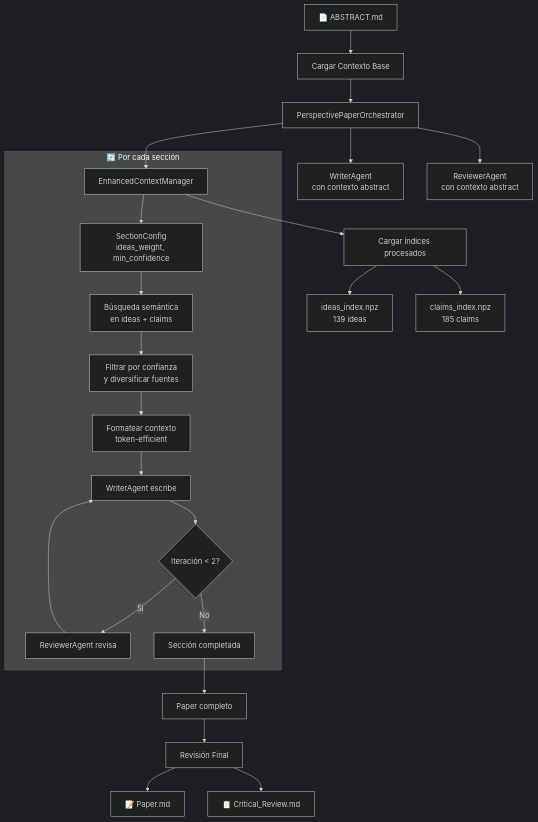
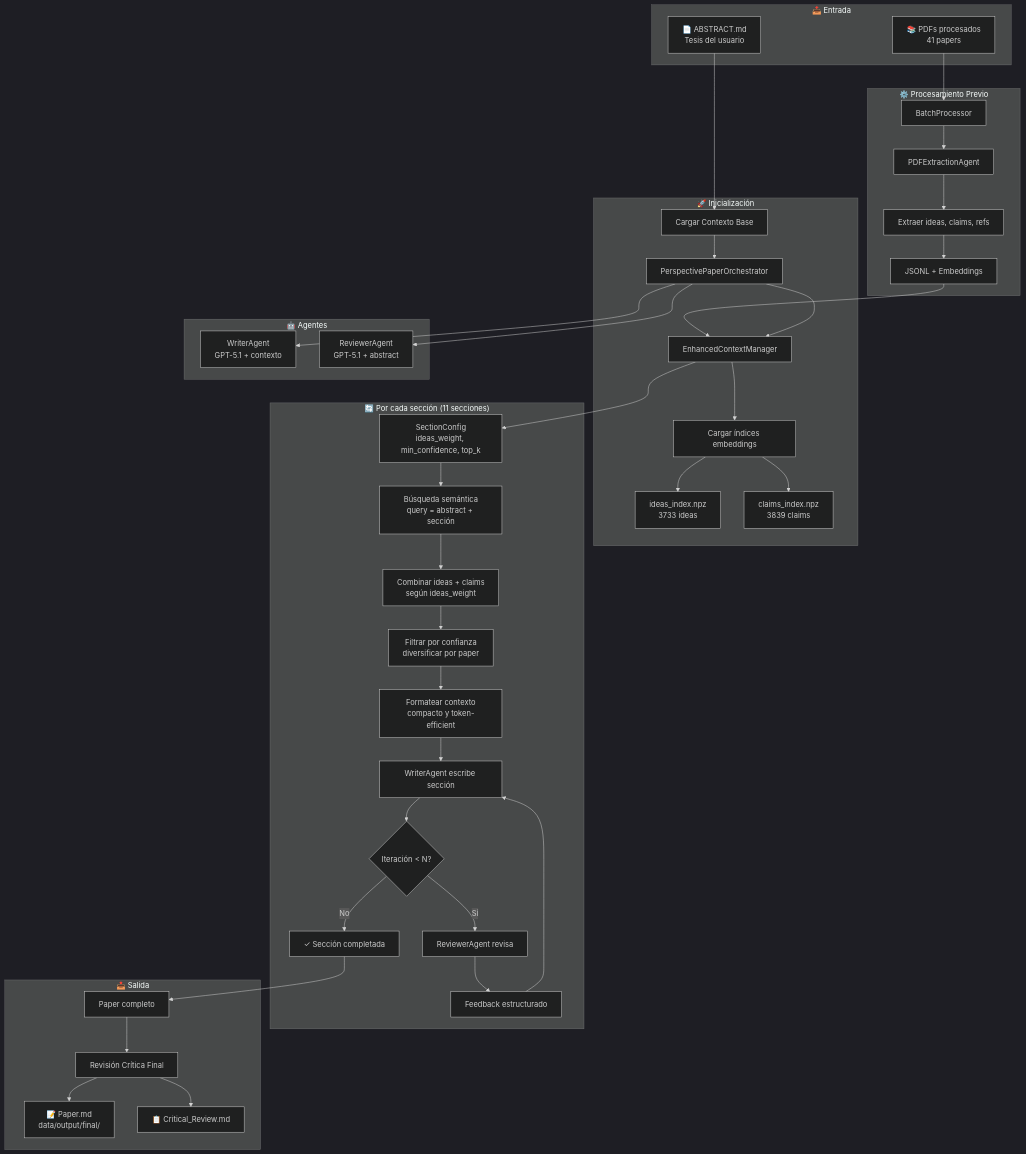
Before and after one commit to mikelval82/TheAiWriter: the second of 7 diagrams in docs/architecture.md, drawn with Mermaid (dark theme). The commit also changed other lines of this file and 44 other files, not shown here.

````diff
--- a/docs/architecture.md
+++ b/docs/architecture.md
@@ -17,30 +85,50 @@
 ```mermaid
 flowchart TD
-    A[📄 ABSTRACT.md] --> B[Cargar Contexto Base]
-    B --> C[PerspectivePaperOrchestrator]
-    
-    C --> D[EnhancedContextManager]
-    D --> E[Cargar índices procesados]
-    E --> F1[ideas_index.npz<br/>139 ideas]
-    E --> F2[claims_index.npz<br/>185 claims]
-    
-    C --> H[WriterAgent<br/>con contexto abstract]
-    C --> I[ReviewerAgent<br/>con contexto abstract]
-    
-    subgraph loop["🔄 Por cada sección"]
-        D --> J[SectionConfig<br/>ideas_weight, min_confidence]
-        J --> K[Búsqueda semántica<br/>en ideas + claims]
-        K --> L[Filtrar por confianza<br/>y diversificar fuentes]
-        L --> M[Formatear contexto<br/>token-efficient]
-        M --> N[WriterAgent escribe]
-        N --> O{Iteración < 2?}
-        O -->|Sí| P[ReviewerAgent revisa]
-        P --> N
-        O -->|No| Q[Sección completada]
+    subgraph input["📥 Entrada"]
+        A[📄 ABSTRACT.md<br/>Tesis del usuario]
+        P1[📚 PDFs procesados<br/>41 papers]
     end
     
-    Q --> R[Paper completo]
-    R --> S[Revisión Final]
-    S --> T[📝 Paper.md]
-    S --> U[📋 Critical_Review.md]
+    subgraph processing["⚙️ Procesamiento Previo"]
+        P1 --> P2[BatchProcessor]
+        P2 --> P3[PDFExtractionAgent]
+        P3 --> P4[Extraer ideas, claims, refs]
+        P4 --> P5[JSONL + Embeddings]
+    end
+    
+    subgraph init["🚀 Inicialización"]
+        A --> B[Cargar Contexto Base]
+        B --> C[PerspectivePaperOrchestrator]
+        P5 --> D[EnhancedContextManager]
+        D --> E[Cargar índices embeddings]
+        E --> F1[ideas_index.npz<br/>3733 ideas]
+        E --> F2[claims_index.npz<br/>3839 claims]
+        C --> D
+    end
+    
+    subgraph agents["🤖 Agentes"]
+        C --> H[WriterAgent<br/>GPT-5.1 + contexto]
+        C --> I[ReviewerAgent<br/>GPT-5.1 + abstract]
+    end
+    
+    subgraph loop["🔄 Por cada sección (11 secciones)"]
+        D --> J[SectionConfig<br/>ideas_weight, min_confidence, top_k]
+        J --> K[Búsqueda semántica<br/>query = abstract + sección]
+        K --> L[Combinar ideas + claims<br/>según ideas_weight]
+        L --> M[Filtrar por confianza<br/>diversificar por paper]
+        M --> N[Formatear contexto<br/>compacto y token-efficient]
+        N --> O[WriterAgent escribe sección]
+        O --> P{Iteración < N?}
+        P -->|Sí| Q[ReviewerAgent revisa]
+        Q --> R[Feedback estructurado]
+        R --> O
+        P -->|No| S[✓ Sección completada]
+    end
+    
+    subgraph output["📤 Salida"]
+        S --> T[Paper completo]
+        T --> U[Revisión Crítica Final]
+        U --> V[📝 Paper.md<br/>data/output/final/]
+        U --> W[📋 Critical_Review.md]
+    end
 ```
````
